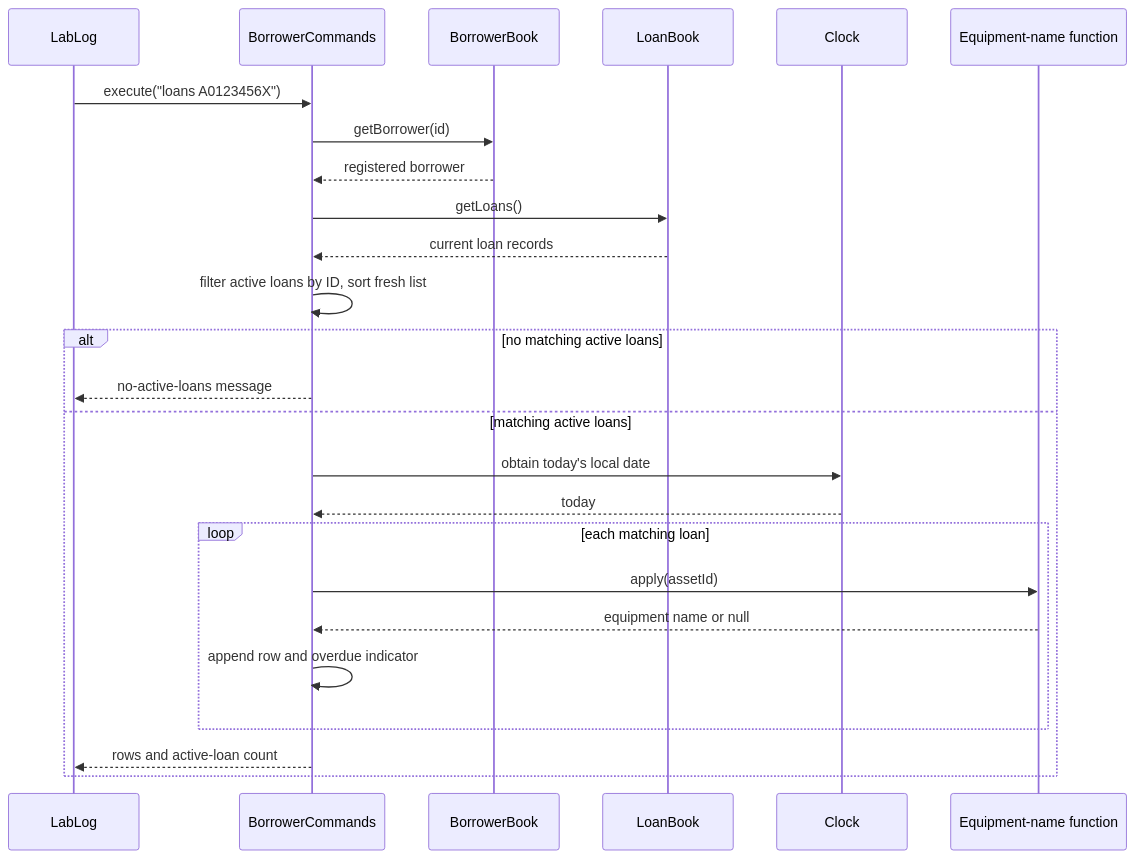
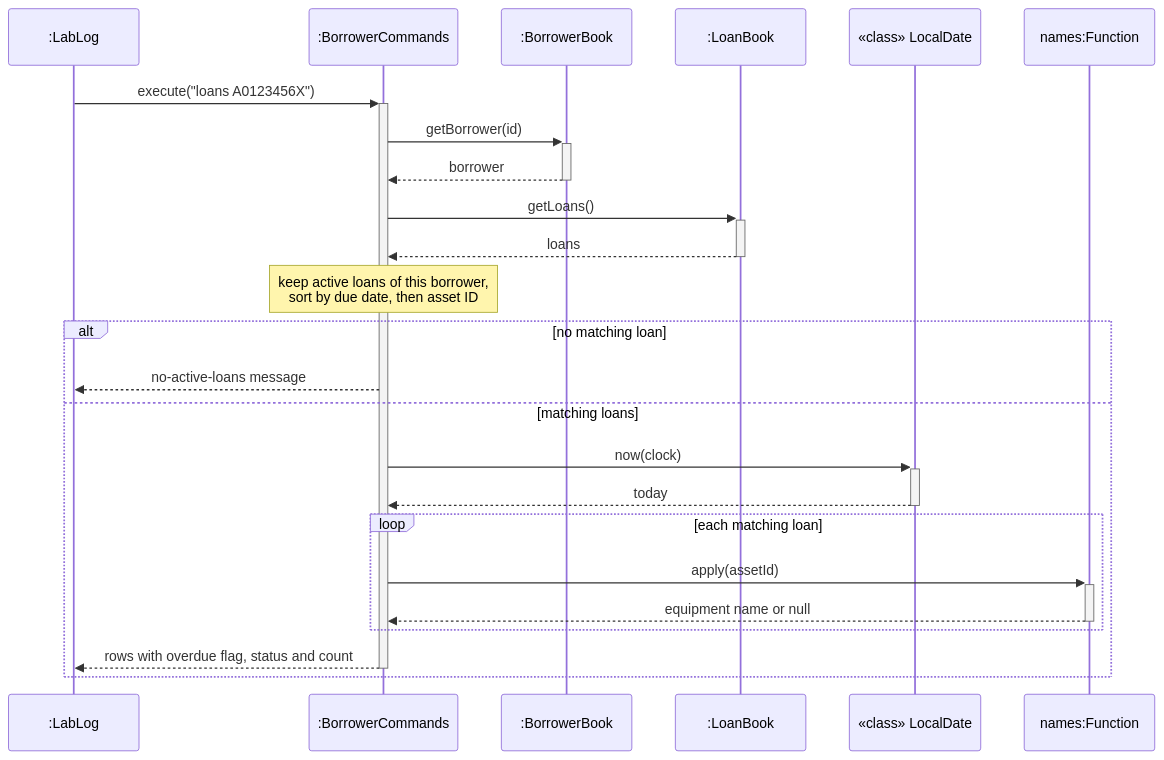
One commit to AY2627S1-CS2113-W13-3/tp changed the eighth of 14 diagrams in docs/DeveloperGuide.md. Above: the diagram before and after it, drawn with Mermaid. The commit also changed other lines of this file and 6 other files, not shown here.

````diff
--- a/docs/DeveloperGuide.md
+++ b/docs/DeveloperGuide.md
@@ -195,27 +459,26 @@
 ```mermaid
 sequenceDiagram
-    participant CLI as LabLog
-    participant Commands as BorrowerCommands
-    participant Borrowers as BorrowerBook
-    participant Loans as LoanBook
-    participant Time as Clock
-    participant Names as Equipment-name function
-    CLI->>Commands: execute("loans A0123456X")
-    Commands->>Borrowers: getBorrower(id)
-    Borrowers-->>Commands: registered borrower
-    Commands->>Loans: getLoans()
-    Loans-->>Commands: current loan records
-    Commands->>Commands: filter active loans by ID, sort fresh list
-    alt no matching active loans
-        Commands-->>CLI: no-active-loans message
-    else matching active loans
-        Commands->>Time: obtain today's local date
-        Time-->>Commands: today
+    participant L as :LabLog
+    participant C as :BorrowerCommands
+    participant B as :BorrowerBook
+    participant K as :LoanBook
+    participant D as «class» LocalDate
+    participant N as names:Function
+    L->>+C: execute("loans A0123456X")
+    C->>+B: getBorrower(id)
+    B-->>-C: borrower
+    C->>+K: getLoans()
+    K-->>-C: loans
+    Note over C: keep active loans of this borrower,<br/>sort by due date, then asset ID
+    alt no matching loan
+        C-->>L: no-active-loans message
+    else matching loans
+        C->>+D: now(clock)
+        D-->>-C: today
         loop each matching loan
-            Commands->>Names: apply(assetId)
-            Names-->>Commands: equipment name or null
-            Commands->>Commands: append row and overdue indicator
+            C->>+N: apply(assetId)
+            N-->>-C: equipment name or null
         end
-        Commands-->>CLI: rows and active-loan count
+        C-->>-L: rows with overdue flag, status and count
     end
 ```
````
